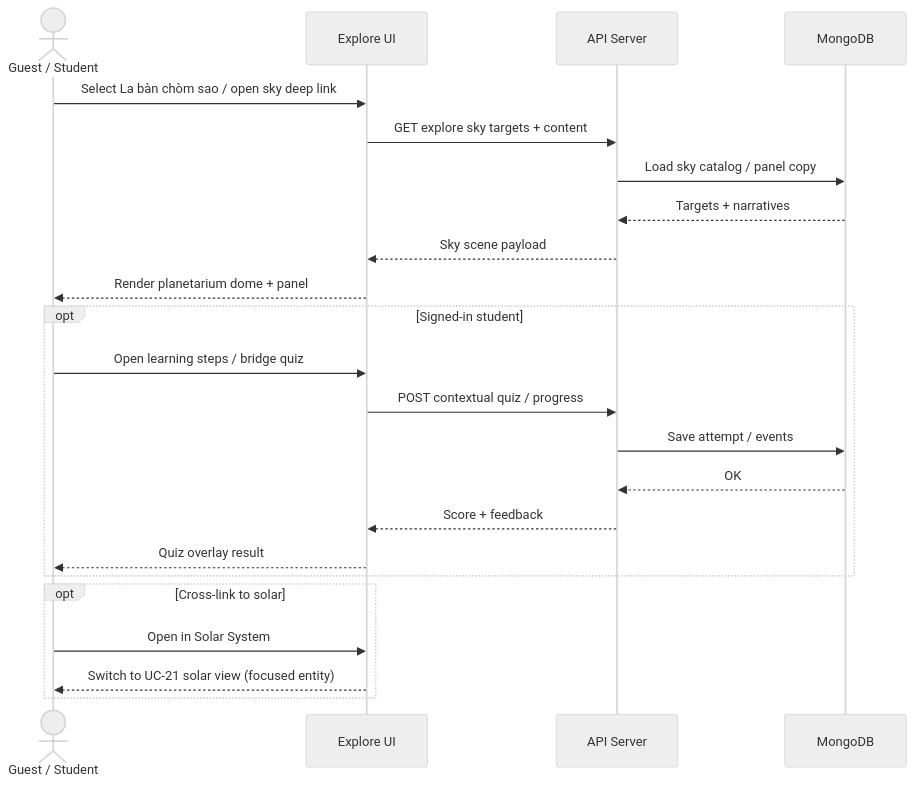
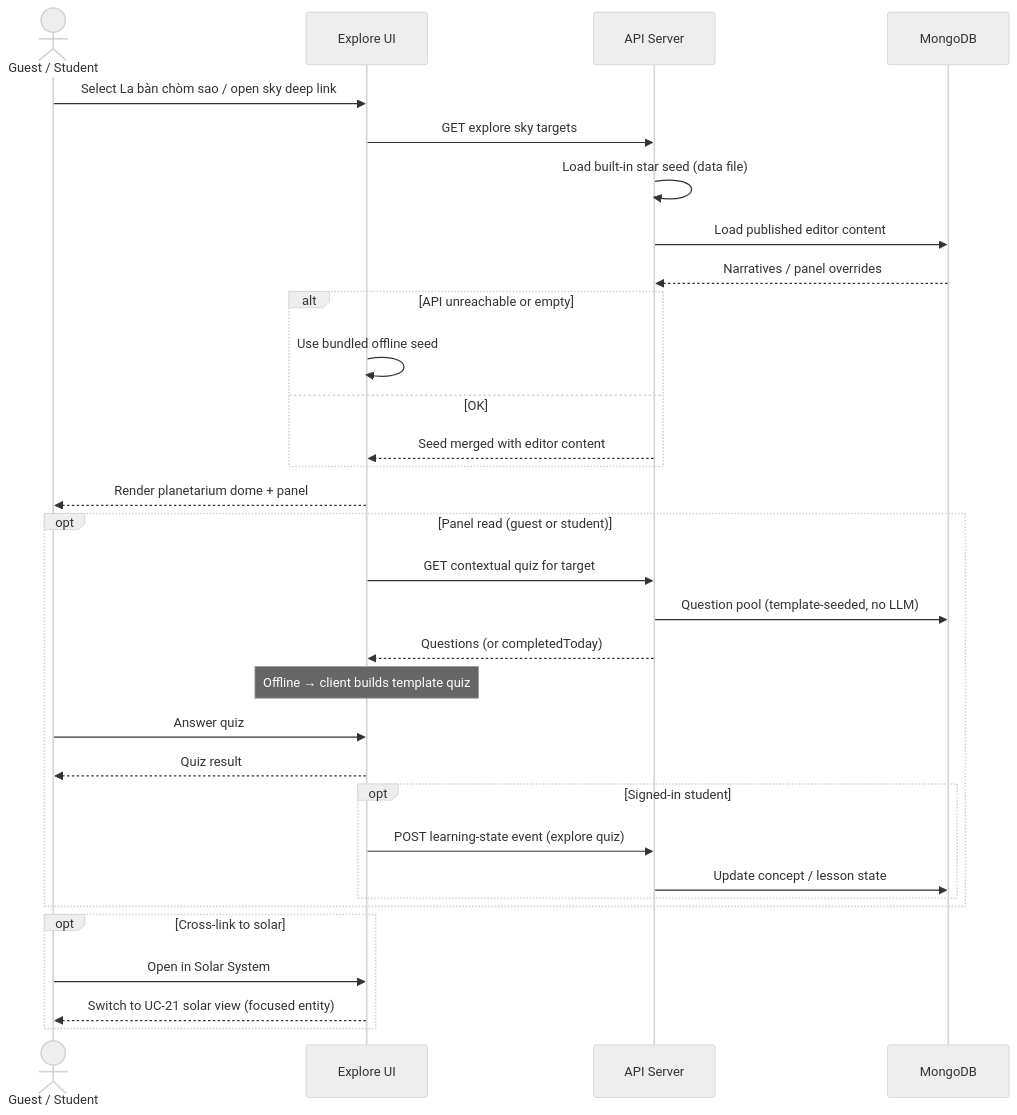
The first of 18 diagrams in docs/diagrams/sequence-diagrams-supplement.md (quangg1/ASTRO_EDU), drawn with Mermaid (neutral theme) before and after one commit. The commit also changed other lines of this file and 31 other files, not shown here.

First line of the commit message:
docs(diagrams): align use case and sequence diagrams with the code

````diff
--- a/docs/diagrams/sequence-diagrams-supplement.md
+++ b/docs/diagrams/sequence-diagrams-supplement.md
@@ -12,26 +12,35 @@
 ```mermaid
 sequenceDiagram
     actor User as Guest / Student
     participant UI as Explore UI
     participant API as API Server
     participant DB as MongoDB
 
     User->>UI: Select La bàn chòm sao / open sky deep link
-    UI->>API: GET explore sky targets + content
-    API->>DB: Load sky catalog / panel copy
-    DB-->>API: Targets + narratives
-    API-->>UI: Sky scene payload
+    UI->>API: GET explore sky targets
+    API->>API: Load built-in star seed (data file)
+    API->>DB: Load published editor content
+    DB-->>API: Narratives / panel overrides
+    alt API unreachable or empty
+        UI->>UI: Use bundled offline seed
+    else OK
+        API-->>UI: Seed merged with editor content
+    end
     UI-->>User: Render planetarium dome + panel
-    opt Signed-in student
-        User->>UI: Open learning steps / bridge quiz
-        UI->>API: POST contextual quiz / progress
-        API->>DB: Save attempt / events
-        DB-->>API: OK
-        API-->>UI: Score + feedback
-        UI-->>User: Quiz overlay result
+    opt Panel read (guest or student)
+        UI->>API: GET contextual quiz for target
+        API->>DB: Question pool (template-seeded, no LLM)
+        API-->>UI: Questions (or completedToday)
+        Note over UI: Offline → client builds template quiz
+        User->>UI: Answer quiz
+        UI-->>User: Quiz result
+        opt Signed-in student
+            UI->>API: POST learning-state event (explore quiz)
+            API->>DB: Update concept / lesson state
+        end
     end
     opt Cross-link to solar
         User->>UI: Open in Solar System
         UI-->>User: Switch to UC-21 solar view (focused entity)
     end
 ```
````
